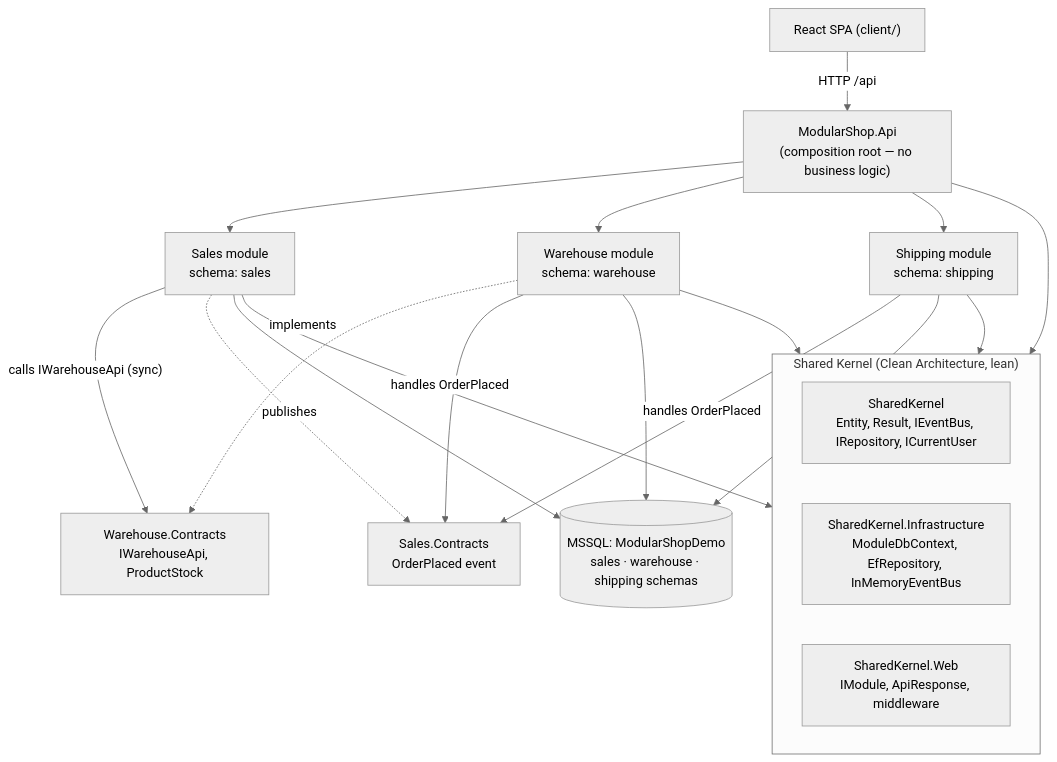
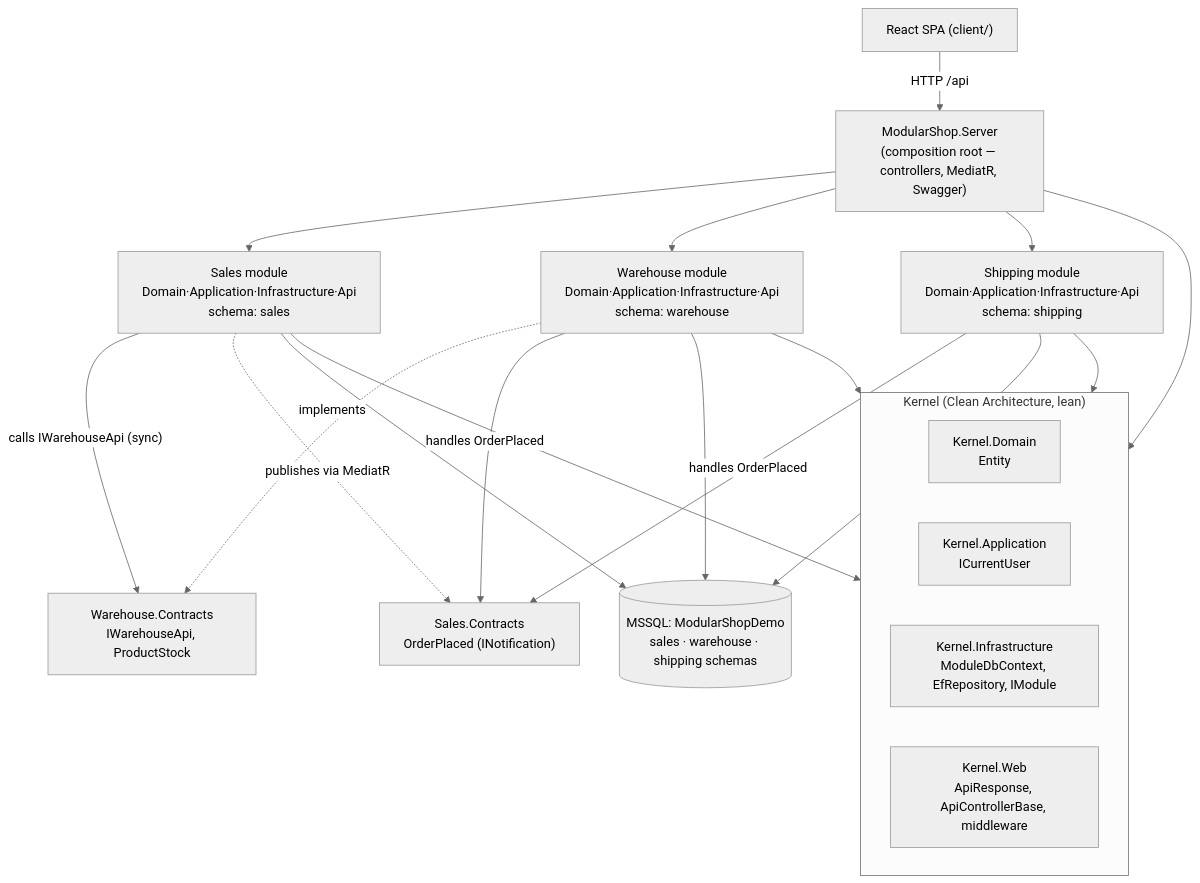
Before and after one commit to TNEXFF/ModularShop: the first of 2 diagrams in docs/architecture.md, drawn with Mermaid (neutral theme). The commit also changed other lines of this file and 3 other files, not shown here.

First line of the commit message:
Docs: reflect the new architecture

````diff
--- a/docs/architecture.md
+++ b/docs/architecture.md
@@ -182,29 +226,30 @@
 ```mermaid
 flowchart TD
-    Client["React SPA (client/)"] -->|HTTP /api| Host["ModularShop.Api<br/>(composition root — no business logic)"]
+    Client["React SPA (client/)"] -->|HTTP /api| Host["ModularShop.Server<br/>(composition root — controllers, MediatR, Swagger)"]
 
-    Host --> Sales["Sales module<br/>schema: sales"]
-    Host --> Warehouse["Warehouse module<br/>schema: warehouse"]
-    Host --> Shipping["Shipping module<br/>schema: shipping"]
+    Host --> Sales["Sales module<br/>Domain·Application·Infrastructure·Api<br/>schema: sales"]
+    Host --> Warehouse["Warehouse module<br/>Domain·Application·Infrastructure·Api<br/>schema: warehouse"]
+    Host --> Shipping["Shipping module<br/>Domain·Application·Infrastructure·Api<br/>schema: shipping"]
 
     Sales -->|"calls IWarehouseApi (sync)"| WC["Warehouse.Contracts<br/>IWarehouseApi, ProductStock"]
     Warehouse -. implements .-> WC
-    Warehouse -->|"handles OrderPlaced"| SConod["Sales.Contracts<br/>OrderPlaced event"]
-    Shipping -->|"handles OrderPlaced"| SConod
-    Sales -. publishes .-> SConod
+    Warehouse -->|"handles OrderPlaced"| SC["Sales.Contracts<br/>OrderPlaced (INotification)"]
+    Shipping -->|"handles OrderPlaced"| SC
+    Sales -. "publishes via MediatR" .-> SC
 
-    subgraph Kernel["Shared Kernel (Clean Architecture, lean)"]
-        Core["SharedKernel<br/>Entity, Result, IEventBus, IRepository, ICurrentUser"]
-        Infra["SharedKernel.Infrastructure<br/>ModuleDbContext, EfRepository, InMemoryEventBus"]
-        Web["SharedKernel.Web<br/>IModule, ApiResponse, middleware"]
+    subgraph Kernel["Kernel (Clean Architecture, lean)"]
+        KD["Kernel.Domain<br/>Entity"]
+        KA["Kernel.Application<br/>ICurrentUser"]
+        KI["Kernel.Infrastructure<br/>ModuleDbContext, EfRepository, IModule"]
+        KW["Kernel.Web<br/>ApiResponse, ApiControllerBase, middleware"]
     end
 
     Sales --> Kernel
     Warehouse --> Kernel
     Shipping --> Kernel
     Host --> Kernel
 
     Sales --> DB[("MSSQL: ModularShopDemo<br/>sales · warehouse · shipping schemas")]
     Warehouse --> DB
     Shipping --> DB
 ```
````
